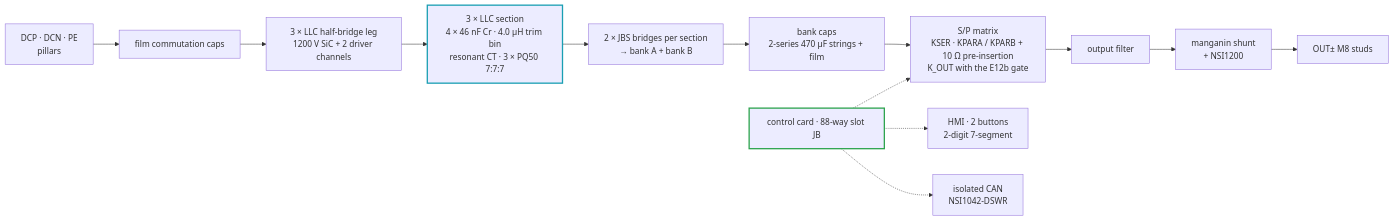
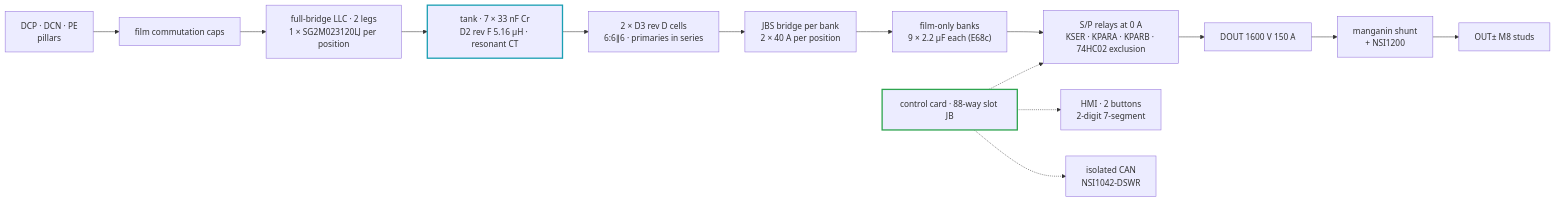
One commit to vectivolt/DC-Modules changed the second of 2 diagrams in boards/30kw/README.md. Above: the diagram before and after it, drawn with Mermaid. The commit also changed other lines of this file and 121 other files, not shown here.

````diff
--- a/boards/30kw/README.md
+++ b/boards/30kw/README.md
@@ -61,15 +63,16 @@
 ```mermaid
 flowchart LR
   ST["DCP · DCN · PE<br/>pillars"] --> CF["film commutation caps"]
-  CF --> L1["3 × LLC half-bridge leg<br/>1200 V SiC + 2 driver channels"]
-  L1 --> TK["3 × LLC section<br/>4 × 46 nF Cr · 4.0 µH trim bin<br/>resonant CT · 3 × PQ50 7:7:7"]
-  TK --> BR["2 × JBS bridges per section<br/>→ bank A + bank B"]
-  BR --> BC["bank caps<br/>2-series 470 µF strings + film"]
-  BC --> SP["S/P matrix<br/>KSER · KPARA / KPARB + 10 Ω pre-insertion<br/>K_OUT with the E12b gate"]
-  SP --> OF["output filter"] --> SH["manganin shunt<br/>+ NSI1200"] --> OUT["OUT± M8 studs"]
+  CF --> LEG["full-bridge LLC · 2 legs<br/>1 × SG2M023120LJ per position"]
+  LEG --> TK["tank · 7 × 33 nF Cr<br/>D2 rev F 5.16 µH · resonant CT"]
+  TK --> XF["2 × D3 rev D cells<br/>6:6∥6 · primaries in series"]
+  XF --> BR["JBS bridge per bank<br/>2 × 40 A per position"]
+  BR --> BK["film-only banks<br/>9 × 2.2 µF each (E68c)"]
+  BK --> SP["S/P relays at 0 A<br/>KSER · KPARA · KPARB · 74HC02 exclusion"]
+  SP --> DO["DOUT 1600 V 150 A"] --> SH["manganin shunt<br/>+ NSI1200"] --> OUT["OUT± M8 studs"]
   CARD["control card · 88-way slot JB"] -.-> SP
   CARD -.-> HMI["HMI · 2 buttons<br/>2-digit 7-segment"]
   CARD -.-> CAN["isolated CAN<br/>NSI1042-DSWR"]
   style TK stroke:#1a9fb3,stroke-width:2.5px
   style CARD stroke:#2ea44f,stroke-width:2.5px
 ```
````
